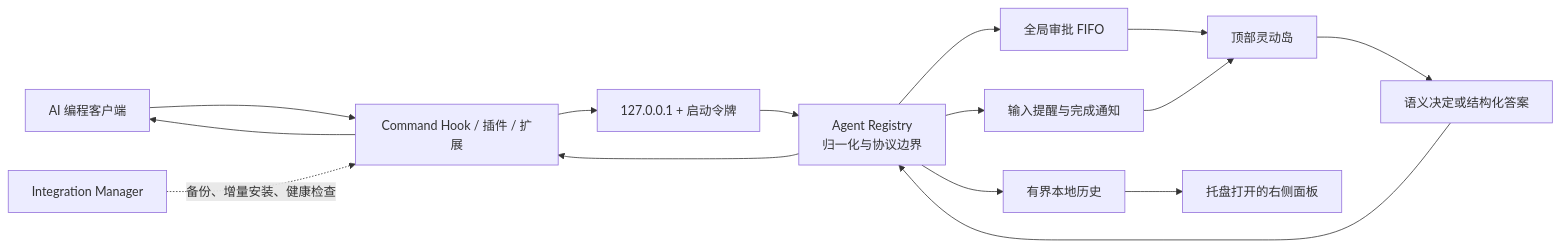
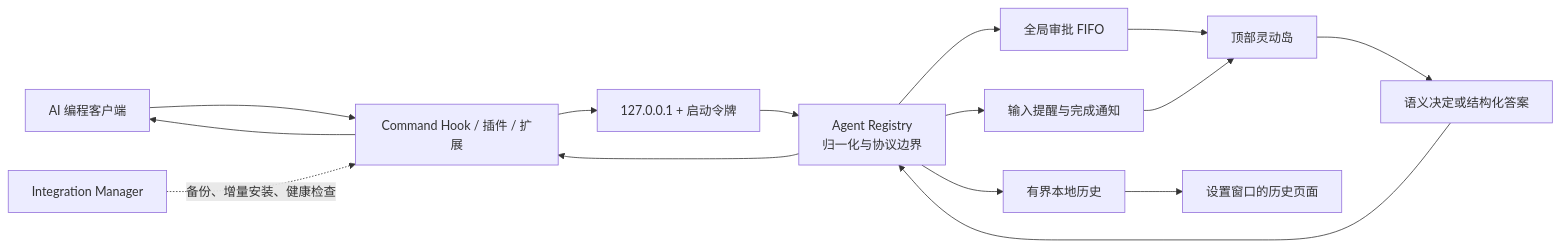
One commit to DaliBerr/Vibe-Halo changed the diagram in docs/GUIDE.zh-CN.md. Above: the diagram before and after it, drawn with Mermaid. The commit also changed other lines of this file and 49 other files, not shown here.

````diff
--- a/docs/GUIDE.zh-CN.md
+++ b/docs/GUIDE.zh-CN.md
@@ -83,17 +83,17 @@
 ```mermaid
 flowchart LR
     A["AI 编程客户端"] --> B["Command Hook / 插件 / 扩展"]
     B --> C["127.0.0.1 + 启动令牌"]
     C --> D["Agent Registry<br/>归一化与协议边界"]
     D --> E["全局审批 FIFO"]
     D --> F["输入提醒与完成通知"]
     E --> G["顶部灵动岛"]
     F --> G
     G --> H["语义决定或结构化答案"]
     H --> D
     D --> B
     B --> A
     D --> J["有界本地历史"]
-    J --> K["托盘打开的右侧面板"]
+    J --> K["设置窗口的历史页面"]
     I["Integration Manager"] -. "备份、增量安装、健康检查" .-> B
 ```
````
